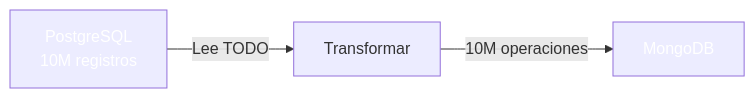
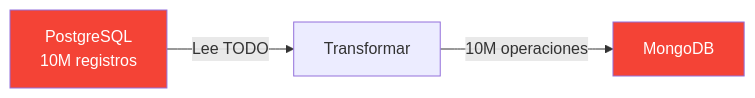
Diagram 14 of 24 in 30-cqrs-mediator.md (joseluisgs/DesarrolloWebEntornosServidor-02-2026-2027), drawn with Mermaid before and after one commit. The commit also changed other lines of this file and 29 other files, not shown here.

Commit message:
docs: corregir estilos Mermaid y estilo, quitar referencias a la Tienda y reestructurar los retos 13 y 15

````diff
--- a/30-cqrs-mediator.md
+++ b/30-cqrs-mediator.md
@@ -950,8 +950,8 @@
 ```mermaid
 flowchart LR
     A["PostgreSQL\n10M registros"] -->|"Lee TODO"| B["Transformar"]
     B -->|"10M operaciones"| C["MongoDB"]
 
-    style A fill:#f4433,color:#fff6,color:#fff
-    style C fill:#f4433,color:#fff6,color:#fff
+    style A fill:#f44336,color:#fff
+    style C fill:#f44336,color:#fff
 ```
````
